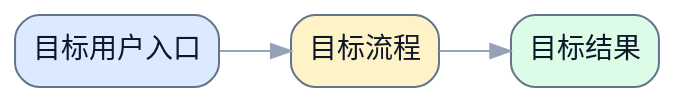
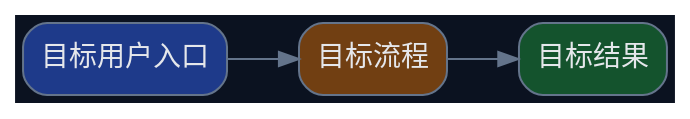
Before and after one commit to terencefan/inority-workspace: the first of 2 diagrams in skills/write-doc/modes/spec/templates/product-spec-template.md, drawn with Graphviz. The commit also changed other lines of this file and 45 other files, not shown here.

````diff
--- a/skills/write-doc/modes/spec/templates/product-spec-template.md
+++ b/skills/write-doc/modes/spec/templates/product-spec-template.md
@@ -44,14 +44,14 @@
 ```dot
 digraph TargetState {
   rankdir=LR;
-  graph [bgcolor="transparent", fontname="Noto Sans CJK SC"];
-  node [fontname="Noto Sans CJK SC", shape=box, style="rounded,filled", color="#64748b", fontcolor="#0f172a", fillcolor="#f8fafc"];
-  edge [fontname="Noto Sans CJK SC", color="#94a3b8", fontcolor="#94a3b8"];
+  graph [bgcolor="#0b1220", fontname="Noto Sans CJK SC"];
+  node [fontname="Noto Sans CJK SC", shape=box, style="rounded,filled", color="#64748b", fontcolor="#e5e7eb", fillcolor="#0f172a"];
+  edge [fontname="Noto Sans CJK SC", color="#64748b", fontcolor="#64748b"];
 
-  target_user [label="目标用户入口", fillcolor="#dbeafe"];
-  target_flow [label="目标流程", fillcolor="#fef3c7"];
-  target_result [label="目标结果", fillcolor="#dcfce7"];
+  target_user [label="目标用户入口", fillcolor="#1e3a8a"];
+  target_flow [label="目标流程", fillcolor="#713f12"];
+  target_result [label="目标结果", fillcolor="#14532d"];
 
   target_user -> target_flow -> target_result;
 }
 ```
````
